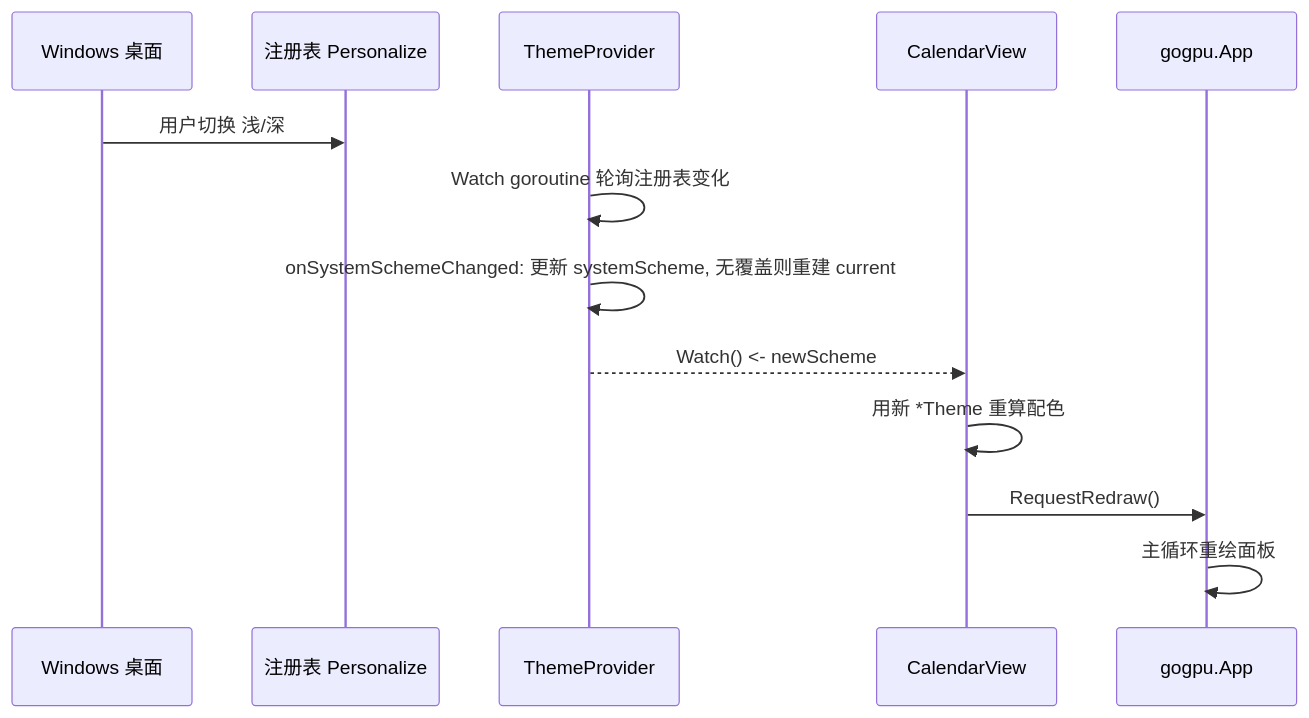
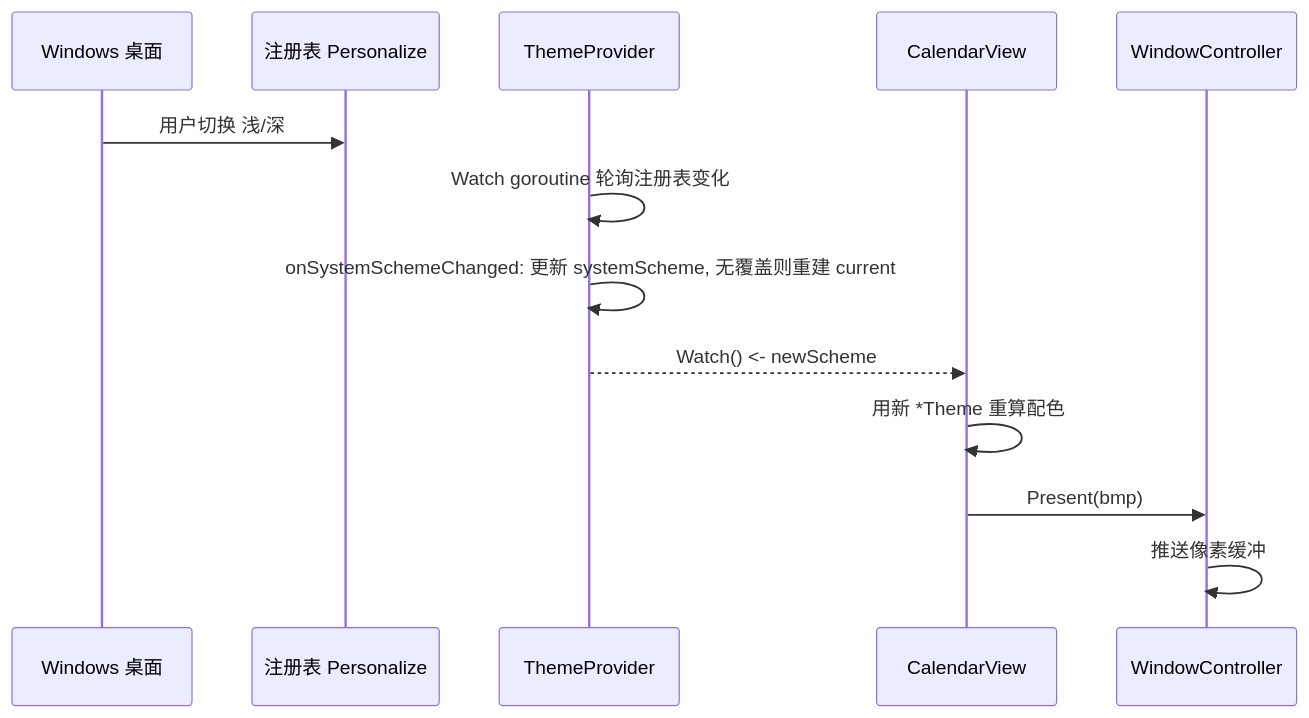
One commit to shaolei/DeskCalendar changed the third of 4 diagrams in docs/40-Theme/Theme.md. Above: the diagram before and after it, drawn with Mermaid. The commit also changed other lines of this file and 25 other files, not shown here.

````diff
--- a/docs/40-Theme/Theme.md
+++ b/docs/40-Theme/Theme.md
@@ -148,16 +148,16 @@
 ```mermaid
 sequenceDiagram
     participant Win as Windows 桌面
     participant Reg as 注册表 Personalize
     participant TP as ThemeProvider
     participant UI as CalendarView
-    participant GPU as gogpu.App
+    participant WinCtrl as WindowController
 
     Win->>Reg: 用户切换 浅/深
     TP->>TP: Watch goroutine 轮询注册表变化
     TP->>TP: onSystemSchemeChanged: 更新 systemScheme, 无覆盖则重建 current
     TP-->>UI: Watch() <- newScheme
     UI->>UI: 用新 *Theme 重算配色
-    UI->>GPU: RequestRedraw()
-    GPU->>GPU: 主循环重绘面板
+    UI->>WinCtrl: Present(bmp)
+    WinCtrl->>WinCtrl: 推送像素缓冲
 ```
````
